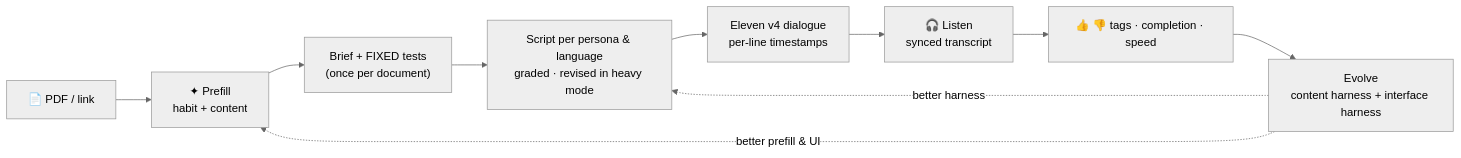
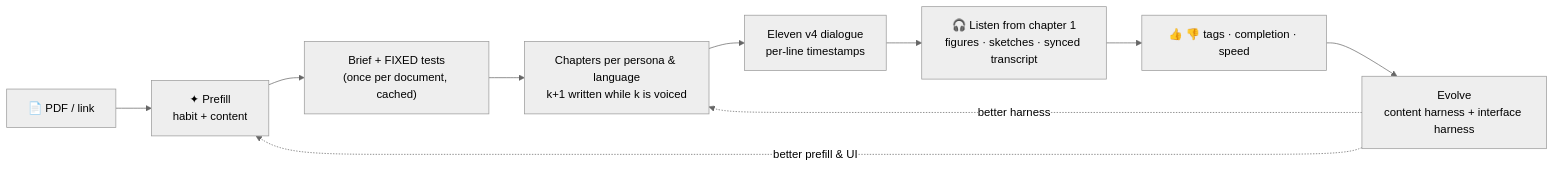
One commit to LittleA-Agentic-RL-Harness/evocast changed the diagram in README.md. Above: the diagram before and after it, drawn with Mermaid (neutral theme). The commit also changed 35 other files, not shown here.

First line of the commit message:
Listen after chapter 1: chaptered episodes, figures beside the voice, a fixed player (#24)

````diff
--- a/README.md
+++ b/README.md
@@ -89,12 +89,12 @@
 ```mermaid
 flowchart LR
   A["📄 PDF / link"] --> P["✦ Prefill<br/>habit + content"]
-  P --> B["Brief + FIXED tests<br/>(once per document)"]
-  B --> S["Script per persona & language<br/>graded · revised in heavy mode"]
+  P --> B["Brief + FIXED tests<br/>(once per document, cached)"]
+  B --> S["Chapters per persona & language<br/>k+1 written while k is voiced"]
   S --> T["Eleven v4 dialogue<br/>per-line timestamps"]
-  T --> L["🎧 Listen<br/>synced transcript"]
+  T --> L["🎧 Listen from chapter 1<br/>figures · sketches · synced transcript"]
   L --> F["👍 👎 tags · completion · speed"]
   F --> E["Evolve<br/>content harness + interface harness"]
   E -. better harness .-> S
   E -. better prefill & UI .-> P
 ```
````
